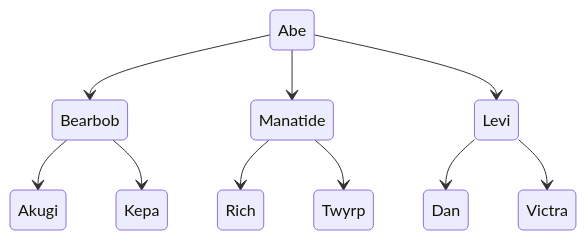
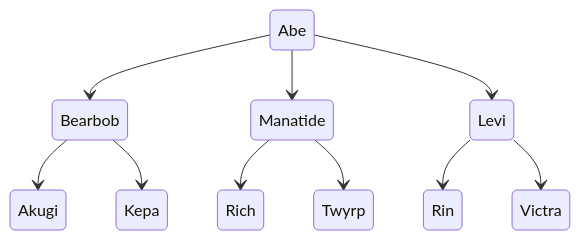
The fifth of 11 diagrams in wepulled/swp/README.md (leemWF/READMEVault), drawn with Mermaid before and after one commit. The commit also changed other lines of this file, not shown here.

````diff
--- a/wepulled/swp/README.md
+++ b/wepulled/swp/README.md
@@ -107,23 +109,23 @@
 ```mermaid
 stateDiagram-v2
     t1: Abe
     h1: Bearbob
     h2: Manatide
     h3: Levi
     r1: Akugi
     r2: Kepa
     r3: Rich
     r4: Twyrp
-    r5: Dan
+    r5: Rin
     r6: Victra
 
     t1 --> h1
     t1 --> h2
     t1 --> h3
     h1 --> r1
     h1 --> r2
     h2 --> r3
     h2 --> r4
     h3 --> r5
     h3 --> r6
 ```
````
